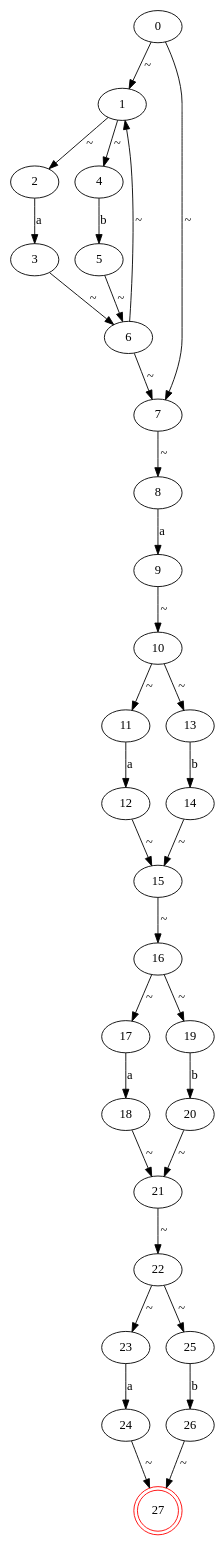
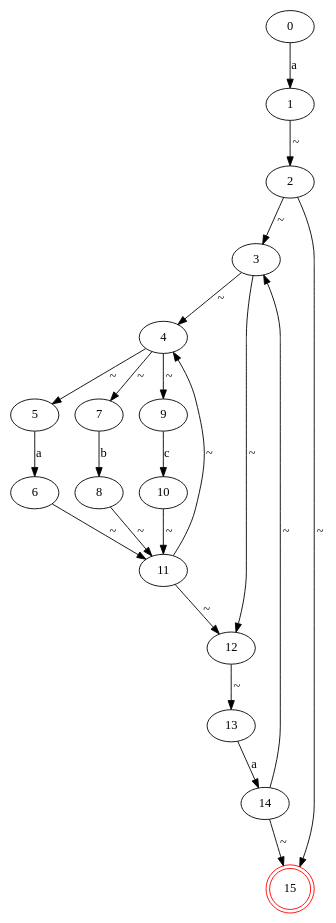
The diagram in tmp/test_nfa.dot (JameyWoo/re2graph), drawn with Graphviz before and after one commit. The commit also changed 7 other files, not shown here.

```diff
--- a/tmp/test_nfa.dot
+++ b/tmp/test_nfa.dot
@@ -1,63 +1,39 @@
 digraph {
 	0 [label="0"]
 	1 [label="1"]
 	2 [label="2"]
 	3 [label="3"]
 	4 [label="4"]
 	5 [label="5"]
 	6 [label="6"]
 	7 [label="7"]
 	8 [label="8"]
 	9 [label="9"]
 	10 [label="10"]
 	11 [label="11"]
 	12 [label="12"]
 	13 [label="13"]
 	14 [label="14"]
-	15 [label="15"]
-	16 [label="16"]
-	17 [label="17"]
-	18 [label="18"]
-	19 [label="19"]
-	20 [label="20"]
-	21 [label="21"]
-	22 [label="22"]
-	23 [label="23"]
-	24 [label="24"]
-	25 [label="25"]
-	26 [label="26"]
-	27 [label="27" color=red shape=doublecircle]
-	0 -> 1 [label="~"]
-	0 -> 7 [label="~"]
+	15 [label="15" color=red shape=doublecircle]
+	0 -> 1 [label="a"]
 	1 -> 2 [label="~"]
-	1 -> 4 [label="~"]
-	2 -> 3 [label="a"]
-	3 -> 6 [label="~"]
-	4 -> 5 [label="b"]
-	5 -> 6 [label="~"]
-	6 -> 1 [label="~"]
-	6 -> 7 [label="~"]
-	7 -> 8 [label="~"]
-	8 -> 9 [label="a"]
-	9 -> 10 [label="~"]
+	2 -> 3 [label="~"]
+	2 -> 15 [label="~"]
+	3 -> 4 [label="~"]
+	3 -> 12 [label="~"]
+	4 -> 5 [label="~"]
+	4 -> 7 [label="~"]
+	4 -> 9 [label="~"]
+	5 -> 6 [label="a"]
+	6 -> 11 [label="~"]
+	7 -> 8 [label="b"]
+	8 -> 11 [label="~"]
+	9 -> 10 [label="c"]
 	10 -> 11 [label="~"]
-	10 -> 13 [label="~"]
-	11 -> 12 [label="a"]
-	12 -> 15 [label="~"]
-	13 -> 14 [label="b"]
+	11 -> 4 [label="~"]
+	11 -> 12 [label="~"]
+	12 -> 13 [label="~"]
+	13 -> 14 [label="a"]
+	14 -> 3 [label="~"]
 	14 -> 15 [label="~"]
-	15 -> 16 [label="~"]
-	16 -> 17 [label="~"]
-	16 -> 19 [label="~"]
-	17 -> 18 [label="a"]
-	18 -> 21 [label="~"]
-	19 -> 20 [label="b"]
-	20 -> 21 [label="~"]
-	21 -> 22 [label="~"]
-	22 -> 23 [label="~"]
-	22 -> 25 [label="~"]
-	23 -> 24 [label="a"]
-	24 -> 27 [label="~"]
-	25 -> 26 [label="b"]
-	26 -> 27 [label="~"]
 }
```
